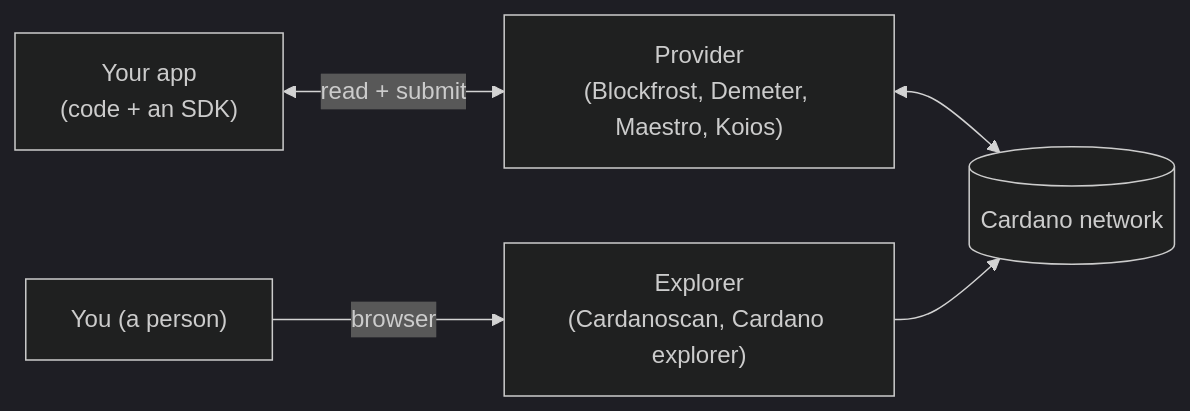
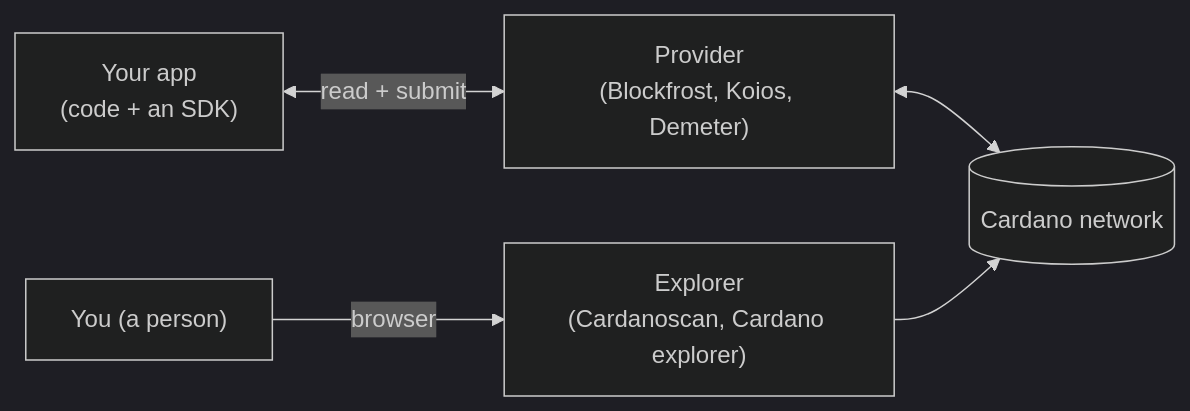
Before and after one commit to cardano-foundation/developer-portal: the first of 2 diagrams in docs/developers/onboarding/lectures/beginner/6-providers-and-explorers.md, drawn with Mermaid (dark theme). The commit also changed other lines of this file and 16 other files, not shown here.

Commit message:
Connect the onboarding flow, remove Maestro and tidy the punctuation

````diff
--- a/docs/developers/onboarding/lectures/beginner/6-providers-and-explorers.md
+++ b/docs/developers/onboarding/lectures/beginner/6-providers-and-explorers.md
@@ -22,7 +22,7 @@
 ```mermaid
 flowchart LR
-    App["Your app<br/>(code + an SDK)"] <-->|"read + submit"| Provider["Provider<br/>(Blockfrost, Demeter, Maestro, Koios)"]
+    App["Your app<br/>(code + an SDK)"] <-->|"read + submit"| Provider["Provider<br/>(Blockfrost, Koios, Demeter)"]
     You["You (a person)"] -->|browser| Explorer["Explorer<br/>(Cardanoscan, Cardano explorer)"]
     Provider <--> Chain[("Cardano network")]
     Explorer --> Chain
 ```
````
